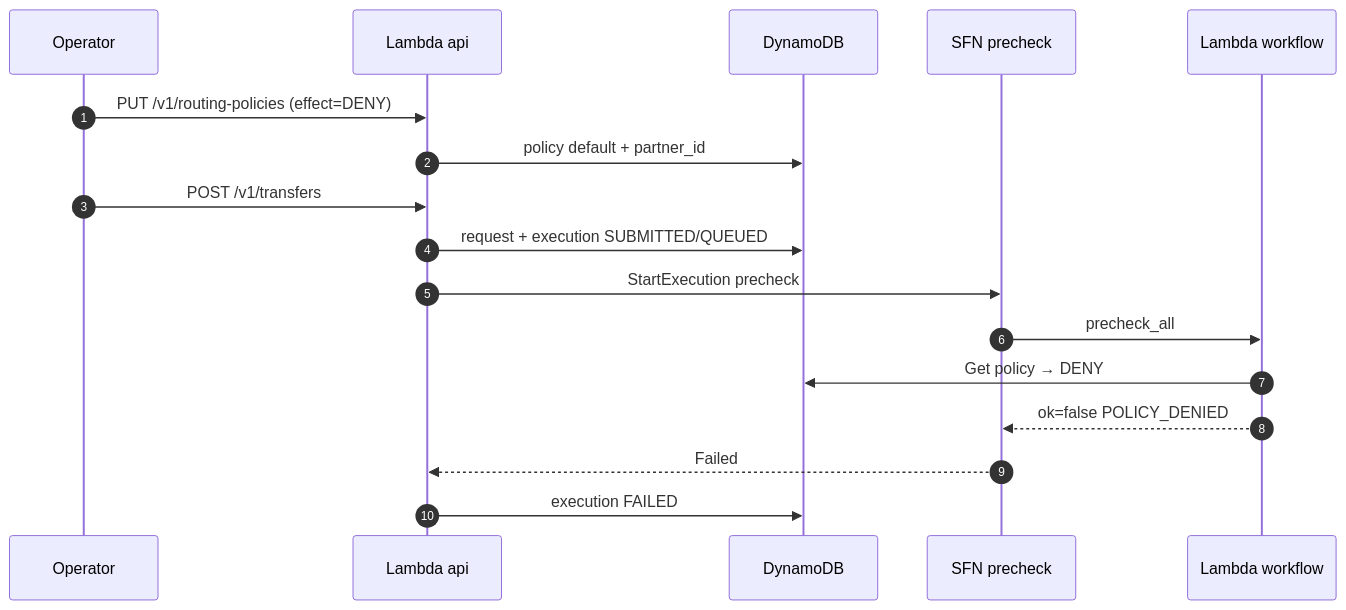
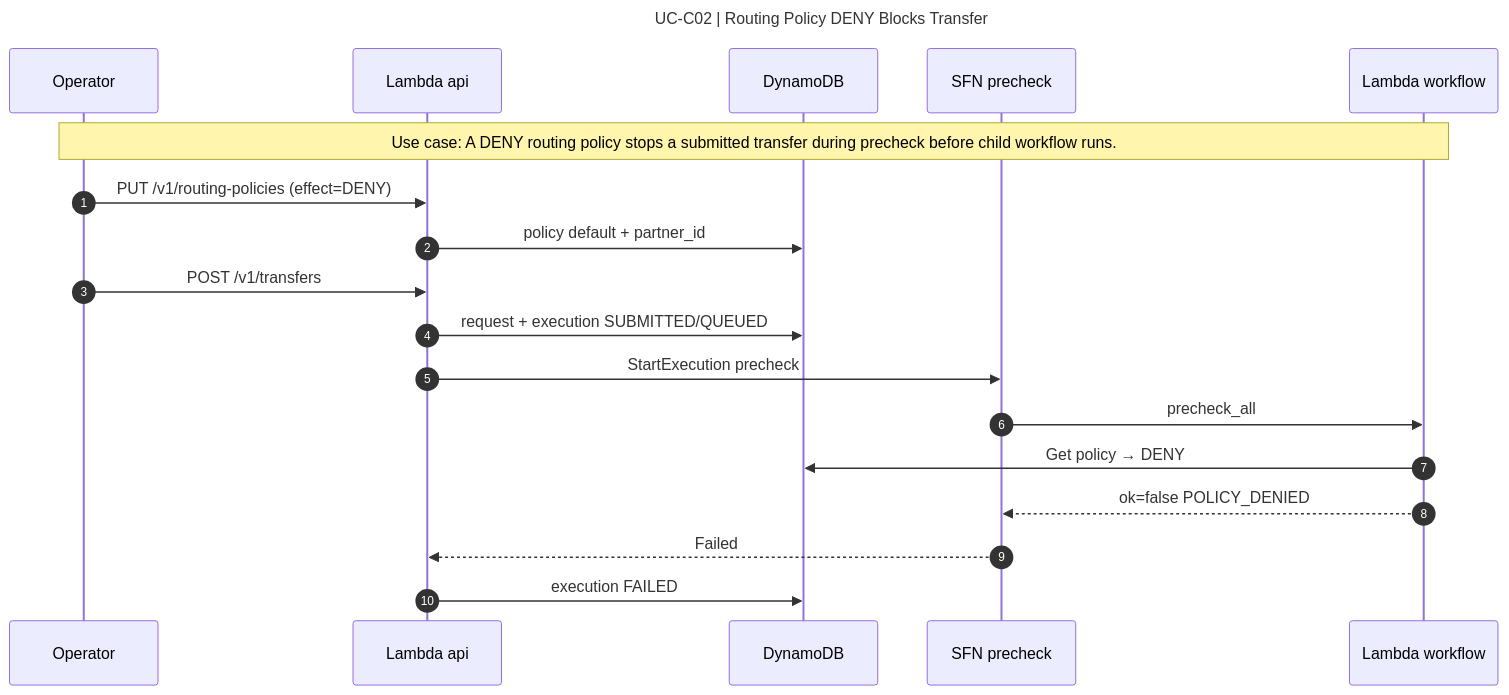
One commit to bayareala8s/BayRelayAI changed the sixth of 31 diagrams in docs/SEQUENCE_DIAGRAMS.md. Above: the diagram before and after it, drawn with Mermaid. The commit also changed other lines of this file and 68 other files, not shown here.

First line of the commit message:
Add title and use-case labels to all sequence diagrams.

````diff
--- a/docs/SEQUENCE_DIAGRAMS.md
+++ b/docs/SEQUENCE_DIAGRAMS.md
@@ -168,21 +198,25 @@
 ```mermaid
+---
+title: UC-C02 | Routing Policy DENY Blocks Transfer
+---
 sequenceDiagram
   autonumber
   participant Op as Operator
   participant API as Lambda api
   participant DDB as DynamoDB
   participant SFN as SFN precheck
   participant WF as Lambda workflow
+  Note over Op,WF: Use case: A DENY routing policy stops a submitted transfer during precheck before child workflow runs.
 
   Op->>API: PUT /v1/routing-policies (effect=DENY)
   API->>DDB: policy default + partner_id
 
   Op->>API: POST /v1/transfers
   API->>DDB: request + execution SUBMITTED/QUEUED
   API->>SFN: StartExecution precheck
   SFN->>WF: precheck_all
   WF->>DDB: Get policy → DENY
   WF-->>SFN: ok=false POLICY_DENIED
   SFN-->>API: Failed
   API->>DDB: execution FAILED
 ```
````
